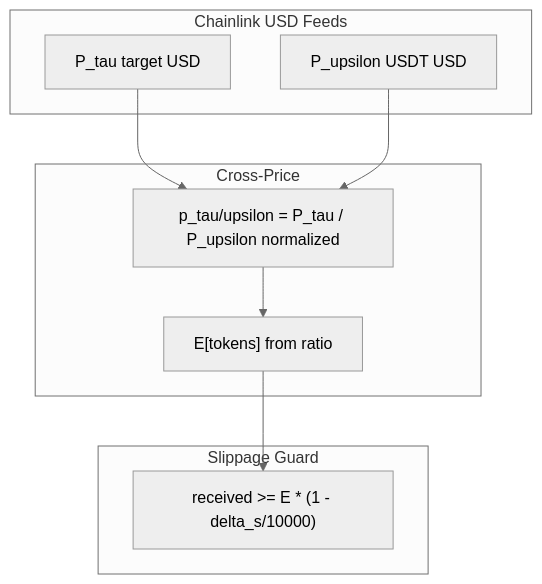
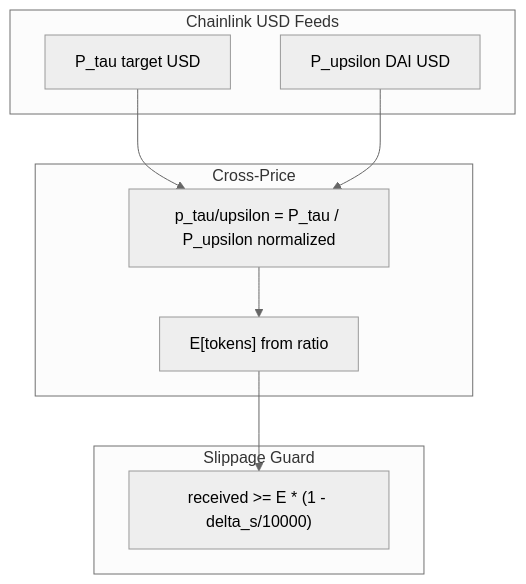
One commit to irislab-net/iris-docs changed the second of 2 diagrams in gitbook/whitepaper/08-execution_layers.md. Above: the diagram before and after it, drawn with Mermaid (neutral theme). The commit also changed other lines of this file and 26 other files, not shown here.

````diff
--- a/gitbook/whitepaper/08-execution_layers.md
+++ b/gitbook/whitepaper/08-execution_layers.md
@@ -111,18 +111,18 @@
 ```mermaid
 flowchart TB
   subgraph feeds [Chainlink USD Feeds]
     Ptau[P_tau target USD]
-    Pups[P_upsilon USDT USD]
+    Pups[P_upsilon DAI USD]
   end
   subgraph calc [Cross-Price]
     ratio["p_tau/upsilon = P_tau / P_upsilon normalized"]
     expected["E[tokens] from ratio"]
   end
   subgraph guard [Slippage Guard]
     floor["received >= E * (1 - delta_s/10000)"]
   end
   Ptau --> ratio
   Pups --> ratio
   ratio --> expected
   expected --> floor
 ```
````
